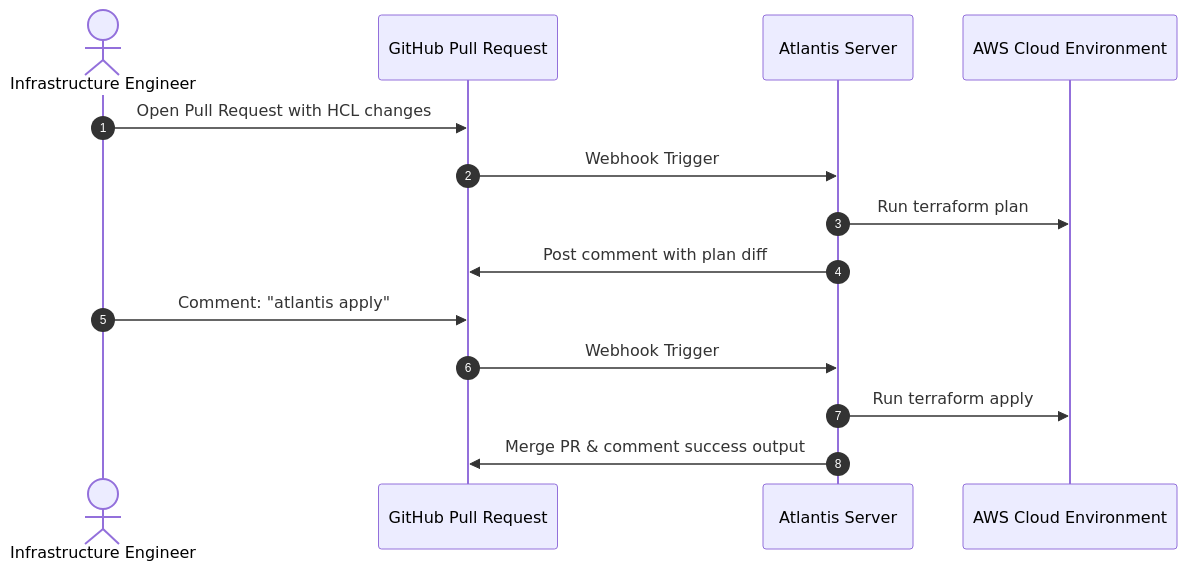
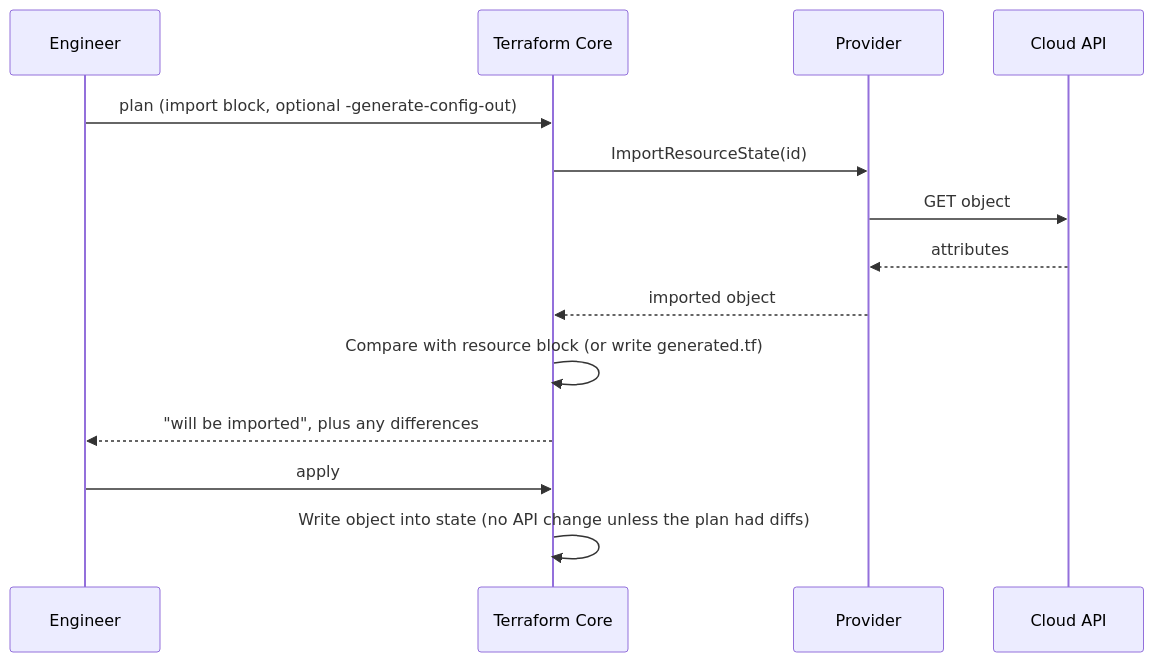
One commit to TheLearningHubOrg/learn-terraform changed diagram 20 of 28 in README.md. Above: the diagram before and after it, drawn with Mermaid. The commit also changed other lines of this file and 31 other files, not shown here.

````diff
--- a/README.md
+++ b/README.md
@@ -814,17 +2128,17 @@
 ```mermaid
 sequenceDiagram
-    autonumber
-    actor Dev as Infrastructure Engineer
-    participant PR as GitHub Pull Request
-    participant Atl as Atlantis Server
-    participant AWS as AWS Cloud Environment
+    participant Eng as Engineer
+    participant Core as Terraform Core
+    participant Prov as Provider
+    participant API as Cloud API
 
-    Dev->>PR: Open Pull Request with HCL changes
-    PR->>Atl: Webhook Trigger
-    Atl->>AWS: Run terraform plan
-    Atl->>PR: Post comment with plan diff
-    Dev->>PR: Comment: "atlantis apply"
-    PR->>Atl: Webhook Trigger
-    Atl->>AWS: Run terraform apply
-    Atl->>PR: Merge PR & comment success output
+    Eng->>Core: plan (import block, optional -generate-config-out)
+    Core->>Prov: ImportResourceState(id)
+    Prov->>API: GET object
+    API-->>Prov: attributes
+    Prov-->>Core: imported object
+    Core->>Core: Compare with resource block (or write generated.tf)
+    Core-->>Eng: "will be imported", plus any differences
+    Eng->>Core: apply
+    Core->>Core: Write object into state (no API change unless the plan had diffs)
 ```
````
